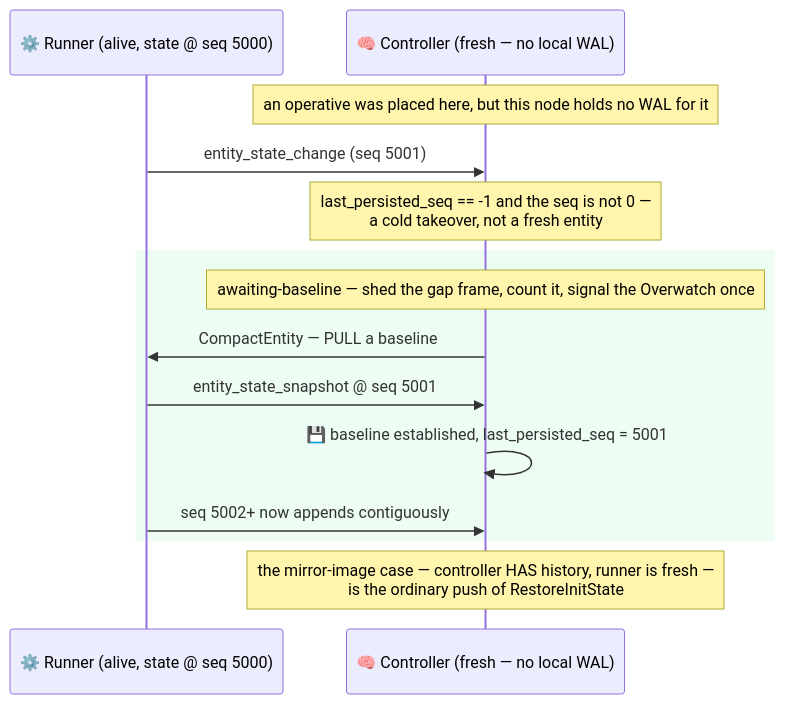
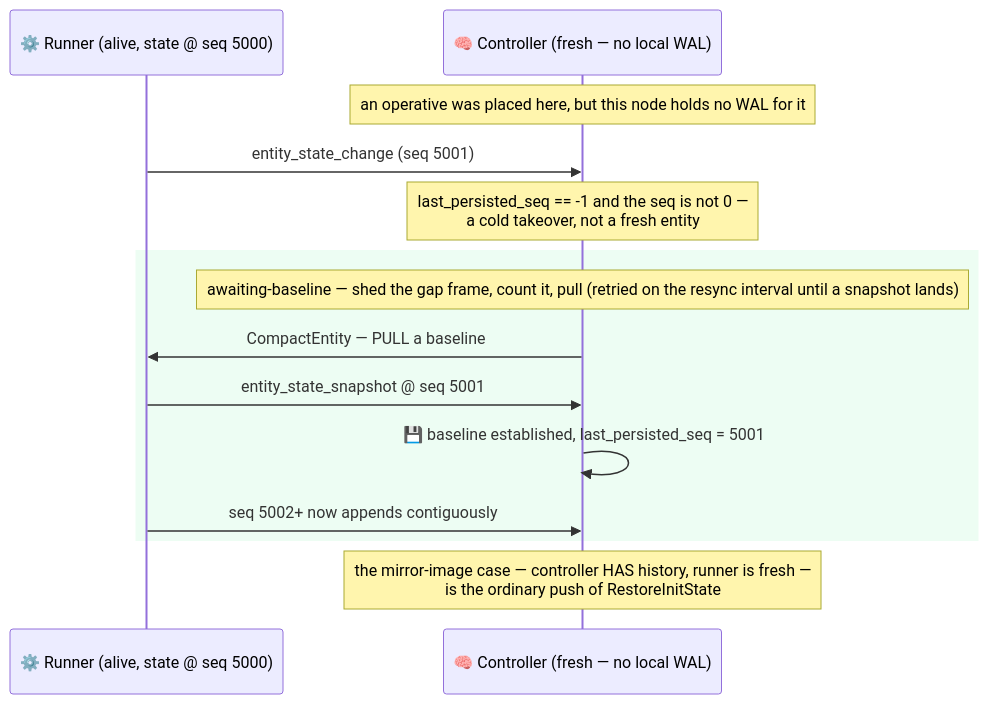
One commit to Flezha/flezha changed the fifth of 17 diagrams in docs/architecture/kernel.md. Above: the diagram before and after it, drawn with Mermaid. The commit also changed 24 other files, not shown here.

````diff
--- a/docs/architecture/kernel.md
+++ b/docs/architecture/kernel.md
@@ -229,19 +229,19 @@
 ```mermaid
 sequenceDiagram
     participant EX as ⚙️ Runner (alive, state @ seq 5000)
     participant CTRL as 🧠 Controller (fresh — no local WAL)
 
     Note over CTRL: an operative was placed here, but this node holds no WAL for it
     EX->>CTRL: entity_state_change (seq 5001)
     Note over CTRL: last_persisted_seq == -1 and the seq is not 0 —<br/>a cold takeover, not a fresh entity
 
     rect rgba(220,252,231,0.5)
-        Note over CTRL: awaiting-baseline — shed the gap frame, count it, signal the Overwatch once
+        Note over CTRL: awaiting-baseline — shed the gap frame, count it, pull (retried on the resync interval until a snapshot lands)
         CTRL->>EX: CompactEntity — PULL a baseline
         EX->>CTRL: entity_state_snapshot @ seq 5001
         CTRL->>CTRL: 💾 baseline established, last_persisted_seq = 5001
         EX->>CTRL: seq 5002+ now appends contiguously
     end
 
     Note over CTRL: the mirror-image case — controller HAS history, runner is fresh —<br/>is the ordinary push of RestoreInitState
 ```
````
